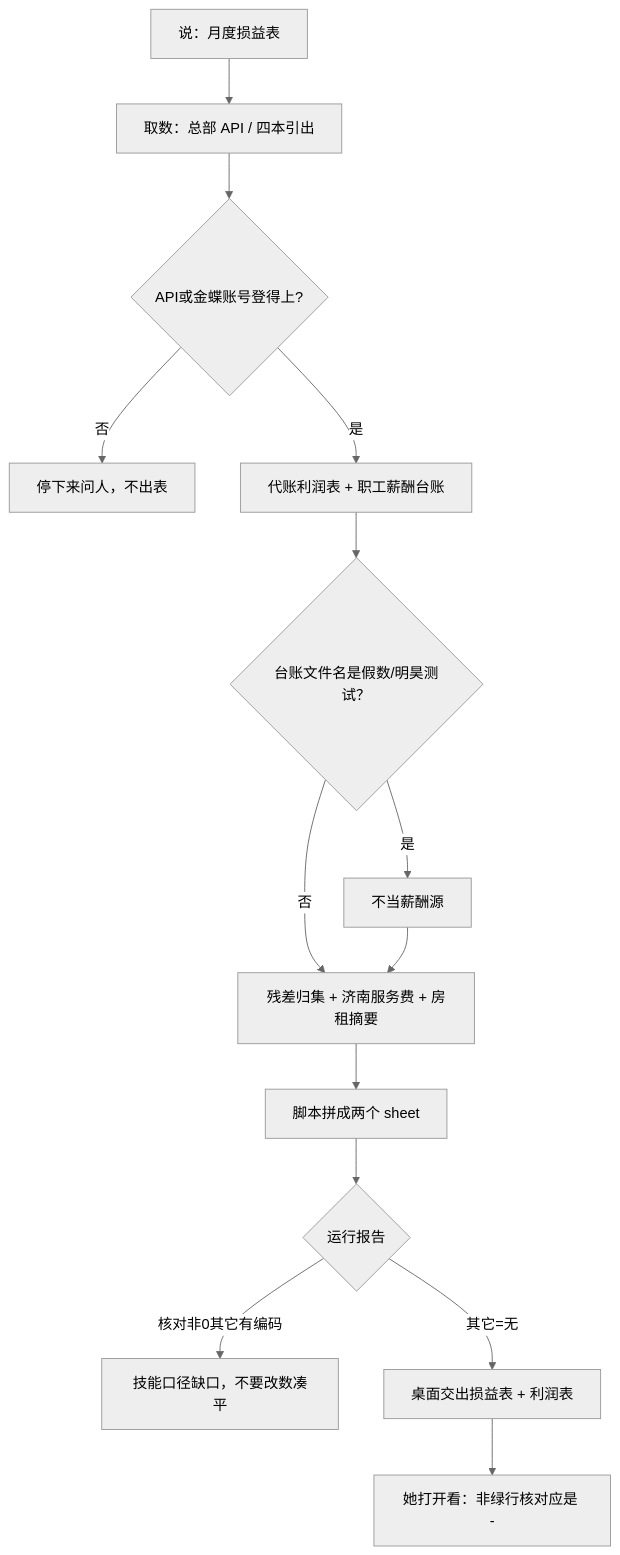
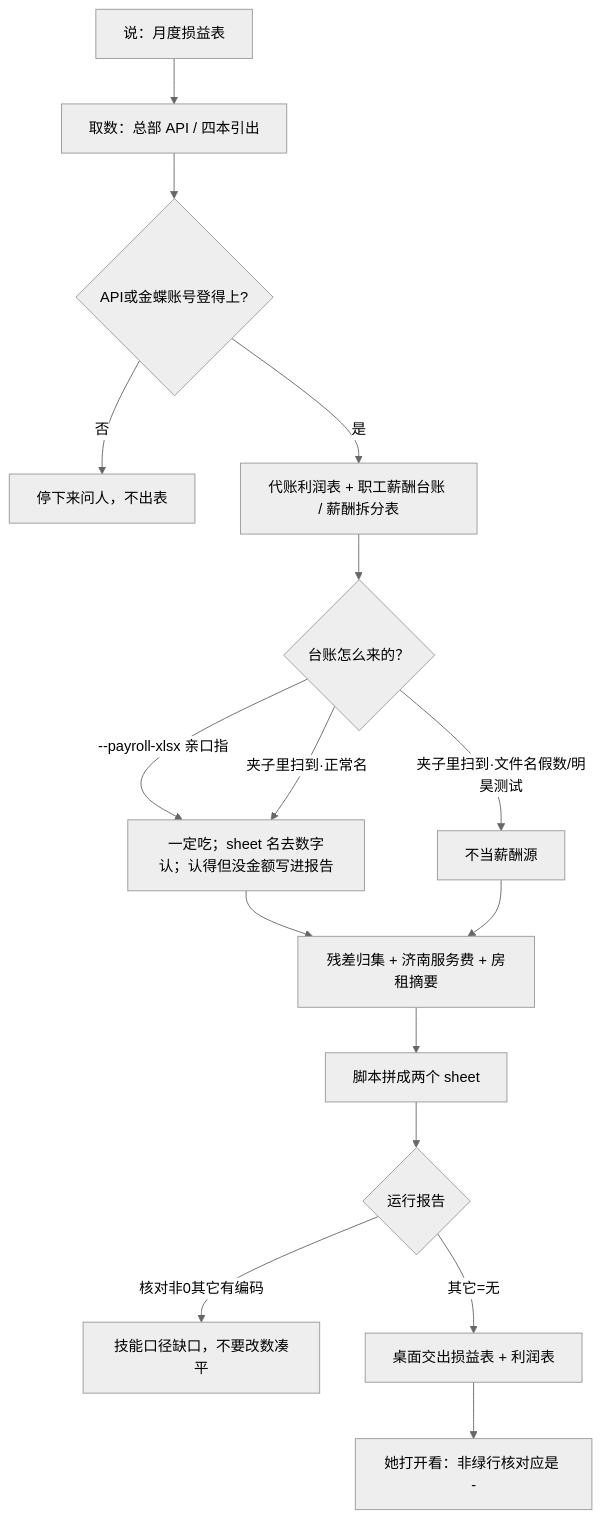
Before and after one commit to EvanLee2004/finance-skills: the diagram in skills/pl-dept-report/README.md, drawn with Mermaid (neutral theme). The commit also changed other lines of this file and 6 other files, not shown here.

Commit message:
fix(pl-dept-report): 薪酬台账亲口指的一定吃，sheet 名去数字认，湖南社保借工资表细部门；加 --profile/--split-table 零金额探测与拆分表契约

````diff
--- a/skills/pl-dept-report/README.md
+++ b/skills/pl-dept-report/README.md
@@ -58,16 +58,18 @@
 ```mermaid
 flowchart TD
   A["说：月度损益表"] --> B["取数：总部 API / 四本引出"]
   B --> B1{"API或金蝶账号登得上?"}
   B1 -->|否| Z["停下来问人，不出表"]
-  B1 -->|是| C["代账利润表 + 职工薪酬台账"]
-  C --> C1{"台账文件名是假数/明昊测试？"}
-  C1 -->|是| C3["不当薪酬源"]
-  C1 -->|否| C2["残差归集 + 济南服务费 + 房租摘要"]
+  B1 -->|是| C["代账利润表 + 职工薪酬台账 / 薪酬拆分表"]
+  C --> C1{"台账怎么来的？"}
+  C1 -->|夹子里扫到·文件名假数/明昊测试| C3["不当薪酬源"]
+  C1 -->|--payroll-xlsx 亲口指| C4["一定吃；sheet 名去数字认；认得但没金额写进报告"]
+  C1 -->|夹子里扫到·正常名| C4
+  C4 --> C2["残差归集 + 济南服务费 + 房租摘要"]
   C3 --> C2
   C2 --> D["脚本拼成两个 sheet"]
   D --> E{"运行报告"}
   E -->|核对非0其它有编码| X["技能口径缺口，不要改数凑平"]
   E -->|其它=无| G["桌面交出损益表 + 利润表"]
   G --> H["她打开看：非绿行核对应是 -"]
 ```
````
